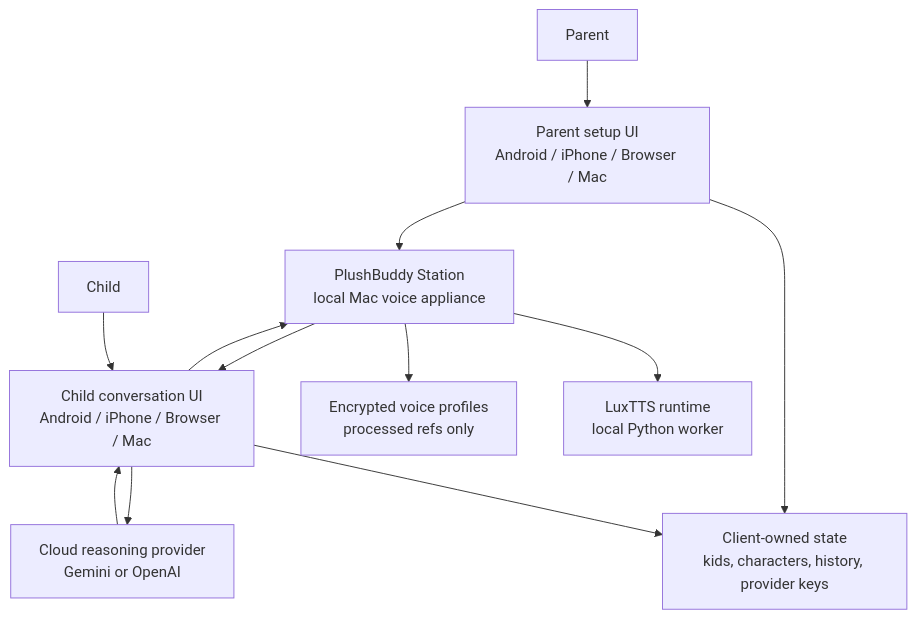
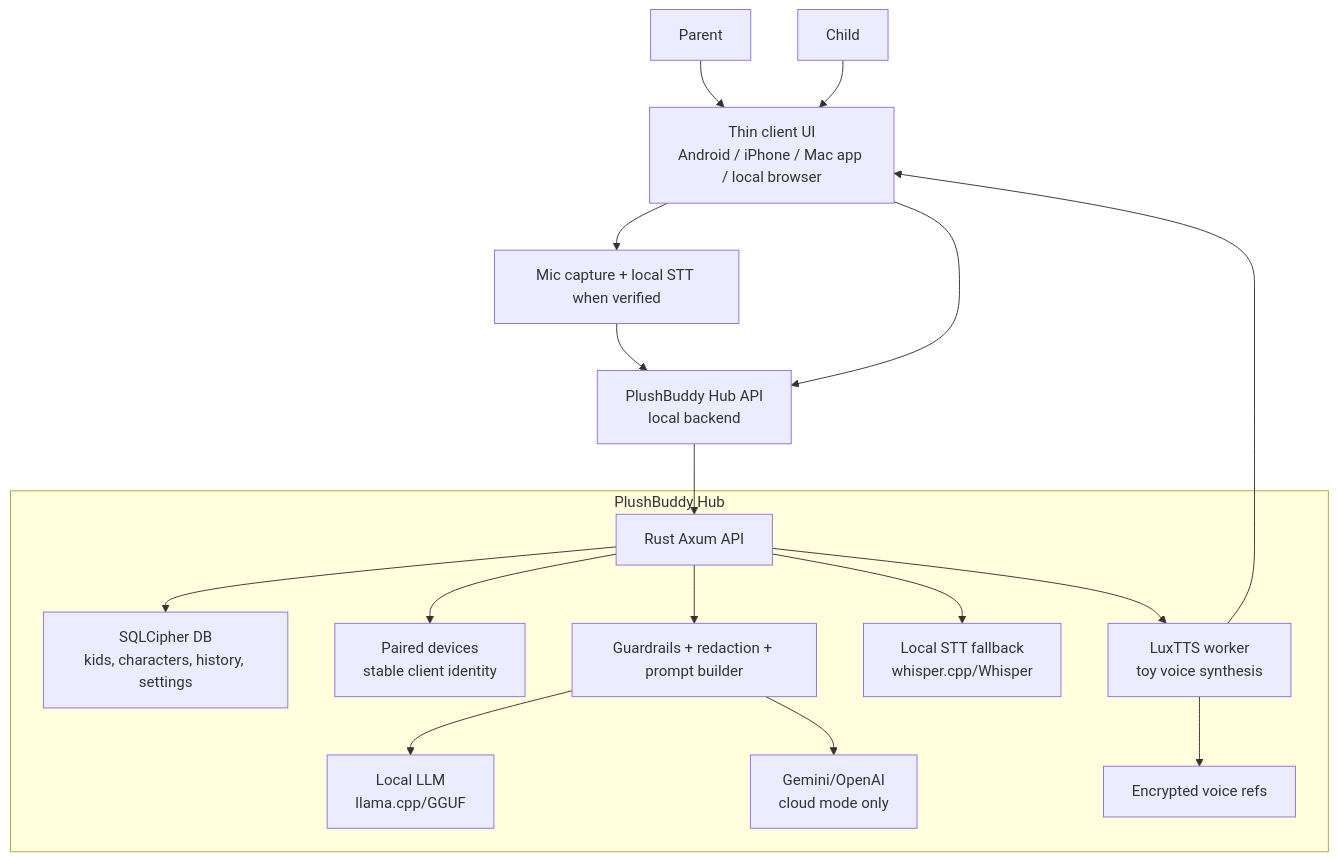
The first of 4 diagrams in docs/architecture/SYSTEM_DESIGN.md (palwe-prafulla/plushpal), drawn with Mermaid before and after one commit. The commit also changed other lines of this file and 9 other files, not shown here.

Commit message:
Document PlushBuddy Hub target architecture

````diff
--- a/docs/architecture/SYSTEM_DESIGN.md
+++ b/docs/architecture/SYSTEM_DESIGN.md
@@ -92,18 +192,32 @@
 ```mermaid
 flowchart TB
-    Parent["Parent"] --> ParentUI["Parent setup UI<br/>Android / iPhone / Browser / Mac"]
-    Child["Child"] --> ChildUI["Child conversation UI<br/>Android / iPhone / Browser / Mac"]
+    Parent["Parent"] --> Client["Thin client UI<br/>Android / iPhone / Mac app / local browser"]
+    Child["Child"] --> Client
 
-    ParentUI --> ClientState["Client-owned state<br/>kids, characters, history, provider keys"]
-    ChildUI --> ClientState
+    Client --> Mic["Mic capture + local STT when verified"]
+    Mic --> HubAPI["PlushBuddy Hub API<br/>local backend"]
+    Client --> HubAPI
 
-    ParentUI --> Station["PlushBuddy Station<br/>local Mac voice appliance"]
-    ChildUI --> Station
-    ChildUI --> Cloud["Cloud reasoning provider<br/>Gemini or OpenAI"]
+    subgraph Hub["PlushBuddy Hub"]
+        API["Rust Axum API"]
+        DB["SQLCipher DB<br/>kids, characters, history, settings"]
+        Pairing["Paired devices<br/>stable client identity"]
+        Policy["Guardrails + redaction + prompt builder"]
+        LocalSTT["Local STT fallback<br/>whisper.cpp/Whisper"]
+        LocalLLM["Local LLM<br/>llama.cpp/GGUF"]
+        CloudLLM["Gemini/OpenAI<br/>cloud mode only"]
+        TTS["LuxTTS worker<br/>toy voice synthesis"]
+        VoiceStore["Encrypted voice refs"]
+    end
 
-    Station --> VoiceRuntime["LuxTTS runtime<br/>local Python worker"]
-    Station --> VoiceStorage["Encrypted voice profiles<br/>processed refs only"]
-
-    Cloud --> ChildUI
-    Station --> ChildUI
+    HubAPI --> API
+    API --> DB
+    API --> Pairing
+    API --> Policy
+    API --> LocalSTT
+    Policy --> LocalLLM
+    Policy --> CloudLLM
+    API --> TTS
+    TTS --> VoiceStore
+    TTS --> Client
 ```
````
